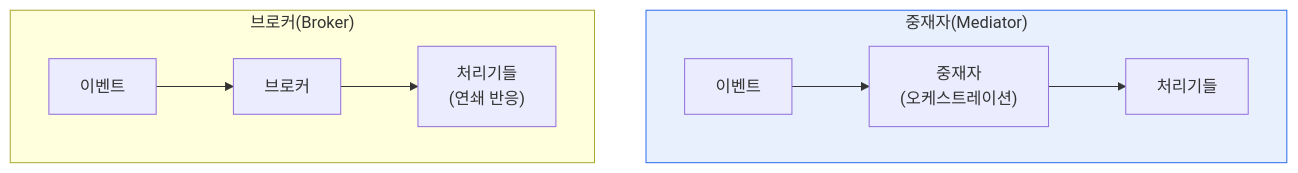
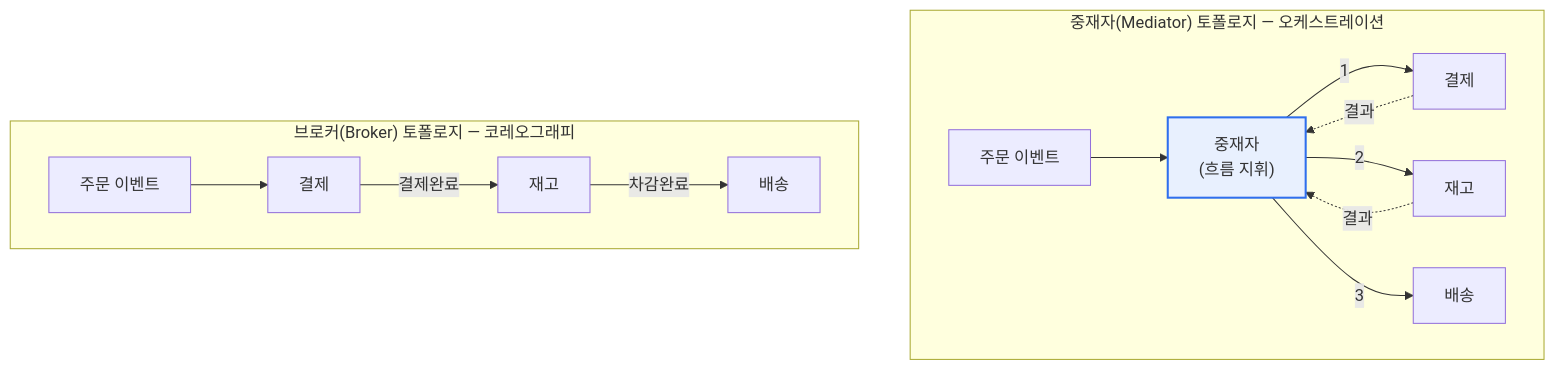
The second of 2 diagrams in content/event-driven-architecture.md (coninggu/wjdqhrhksflrltnftk), drawn with Mermaid before and after one commit. The commit also changed other lines of this file and 3 other files, not shown here.

Commit message:
Deepen 이벤트 기반 아키텍처(EDA) 토폴로지, 파일 카빙(File Carving) (auto)

````diff
--- a/content/event-driven-architecture.md
+++ b/content/event-driven-architecture.md
@@ -15,10 +48,17 @@
 ```mermaid
 flowchart TB
-  subgraph M["중재자(Mediator)"]
-    M1[이벤트] --> MED["중재자<br/>(오케스트레이션)"] --> MP[처리기들]
+  subgraph MED["중재자(Mediator) 토폴로지 — 오케스트레이션"]
+    direction LR
+    E1["주문 이벤트"] --> M["중재자<br/>(흐름 지휘)"]
+    M -->|1| P["결제"]
+    M -->|2| I["재고"]
+    M -->|3| D["배송"]
+    P -.결과.-> M
+    I -.결과.-> M
   end
-  subgraph B["브로커(Broker)"]
-    B1[이벤트] --> BR[브로커] --> BP["처리기들<br/>(연쇄 반응)"]
+  subgraph BRK["브로커(Broker) 토폴로지 — 코레오그래피"]
+    direction LR
+    E2["주문 이벤트"] --> B1["결제"] -->|결제완료| B2["재고"] -->|차감완료| B3["배송"]
   end
-  style M fill:#e8f0fe,stroke:#2f6fed
+  style M fill:#e8f0fe,stroke:#2f6fed,stroke-width:2px
 ```
````
